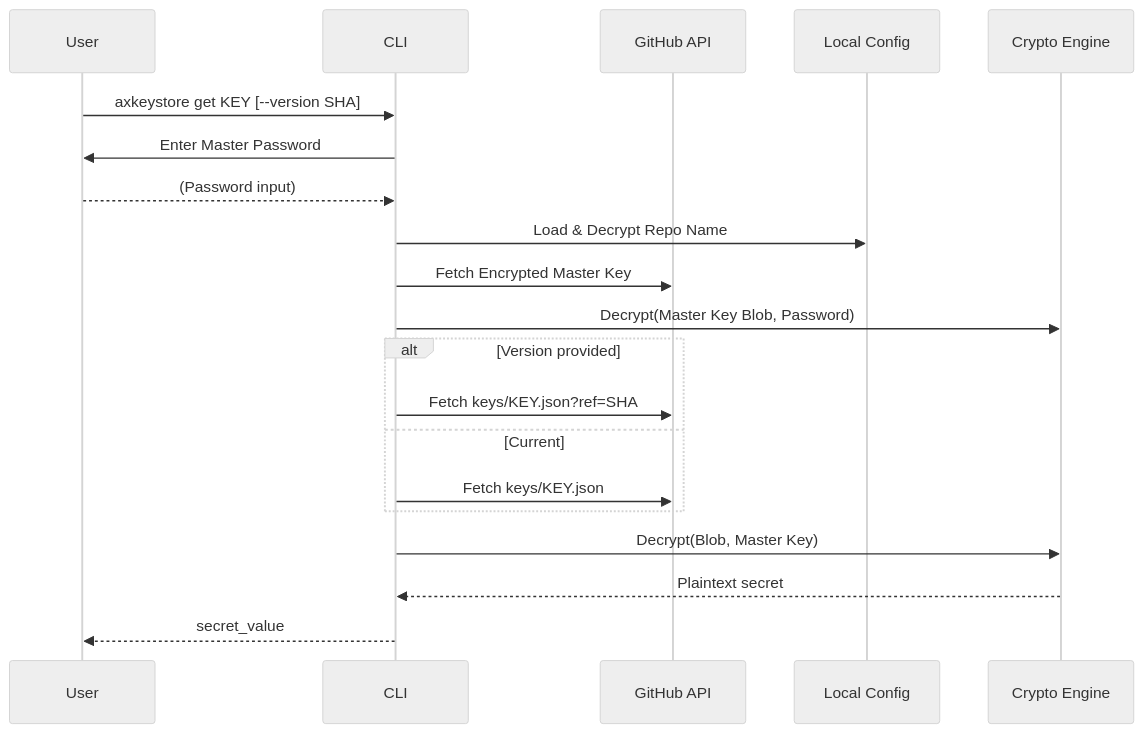
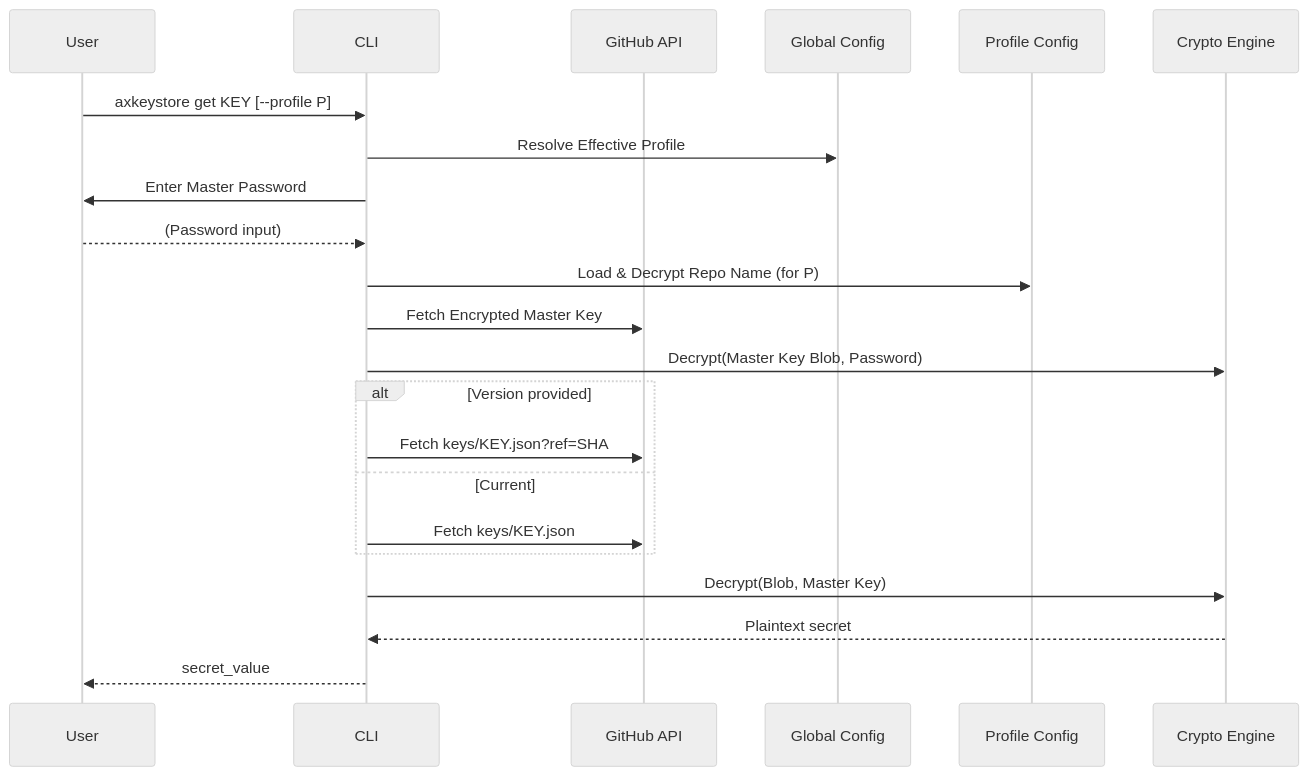
Before and after one commit to basilgregory/axkeystore: the fourth of 7 diagrams in README.md, drawn with Mermaid (neutral theme). The commit also changed other lines of this file and 5 other files, not shown here.

Commit message:
added muliple profile features. each profile can have own master password and repo.

````diff
--- a/README.md
+++ b/README.md
@@ -257,23 +309,25 @@
 ```mermaid
 sequenceDiagram
     participant U as User
     participant C as CLI
     participant G as GitHub API
-    participant LC as Local Config
+    participant GC as Global Config
+    participant PC as Profile Config
     participant CR as Crypto Engine
 
-    U->>C: axkeystore get KEY [--version SHA]
+    U->>C: axkeystore get KEY [--profile P]
+    C->>GC: Resolve Effective Profile
     C->>U: Enter Master Password
     U-->>C: (Password input)
-    C->>LC: Load & Decrypt Repo Name
+    C->>PC: Load & Decrypt Repo Name (for P)
     C->>G: Fetch Encrypted Master Key
     C->>CR: Decrypt(Master Key Blob, Password)
     alt Version provided
         C->>G: Fetch keys/KEY.json?ref=SHA
     else Current
         C->>G: Fetch keys/KEY.json
     end
     C->>CR: Decrypt(Blob, Master Key)
     CR-->>C: Plaintext secret
     C-->>U: secret_value
 ```
````
